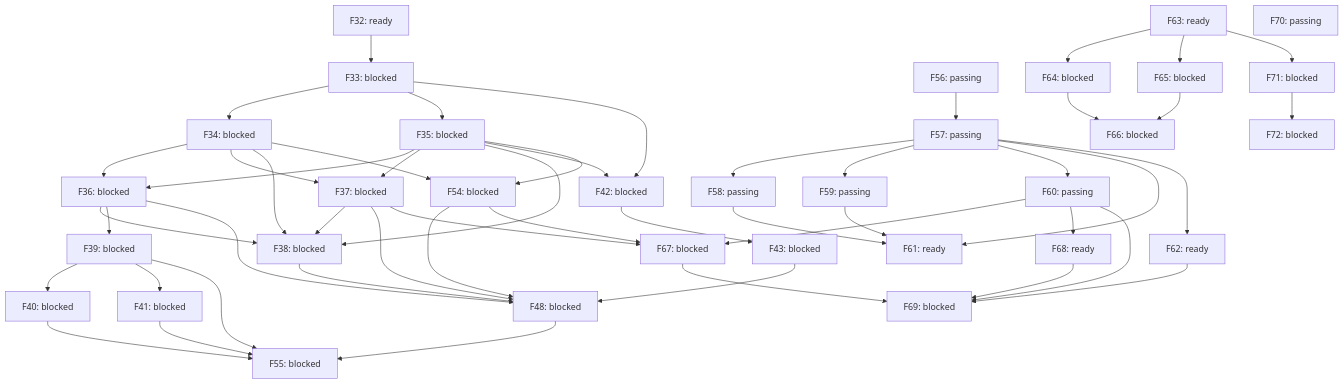
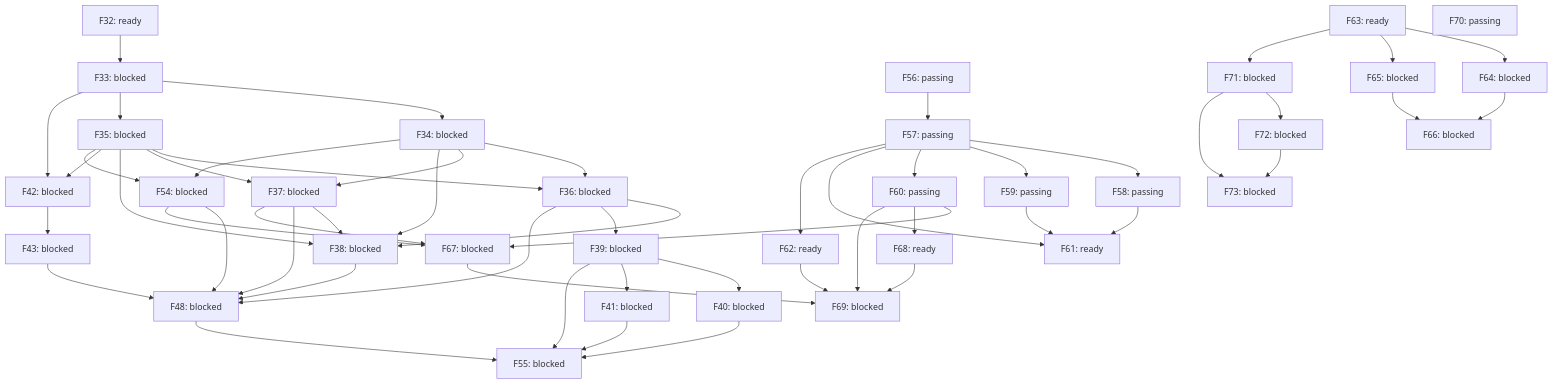
One commit to alex-nax/rengine changed the diagram in docs/roadmap-graph.md. Above: the diagram before and after it, drawn with Mermaid. The commit also changed other lines of this file and 10 other files, not shown here.

````diff
--- a/docs/roadmap-graph.md
+++ b/docs/roadmap-graph.md
@@ -88,4 +88,7 @@
   F63 --> F71
   F72["F72: blocked"]
   F71 --> F72
+  F73["F73: blocked"]
+  F71 --> F73
+  F72 --> F73
 ```
````
